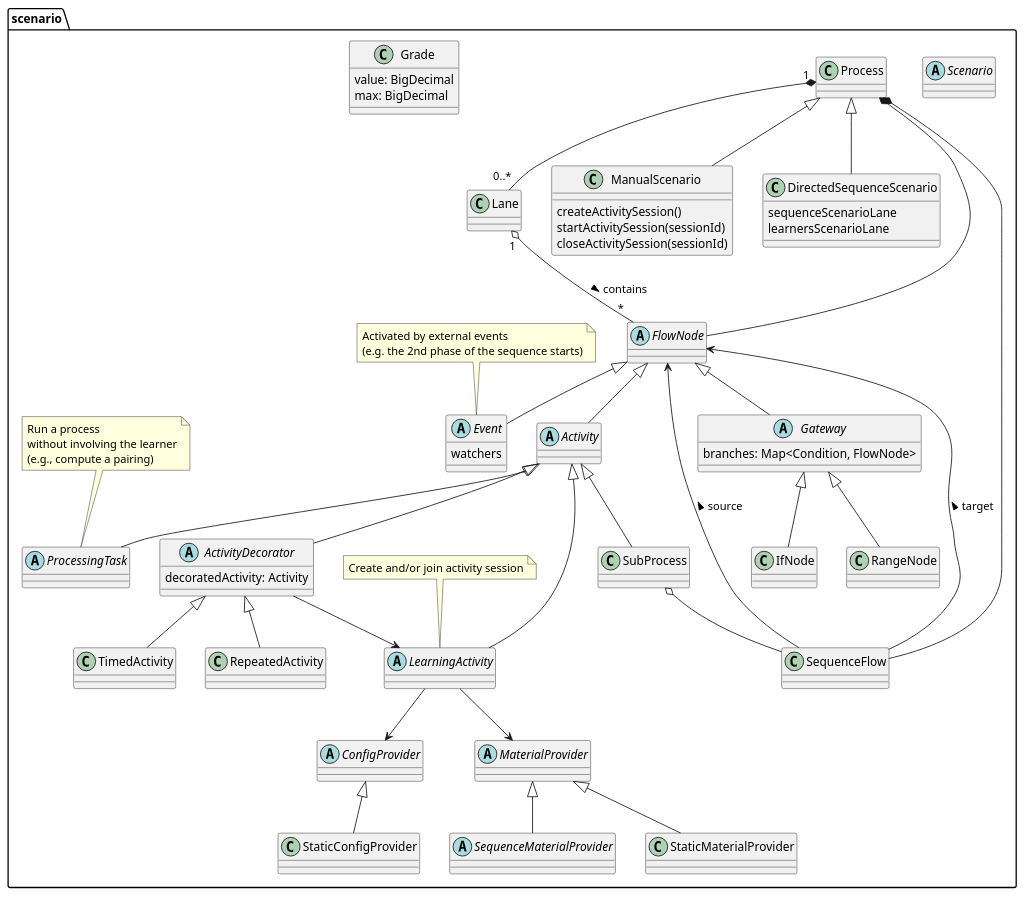
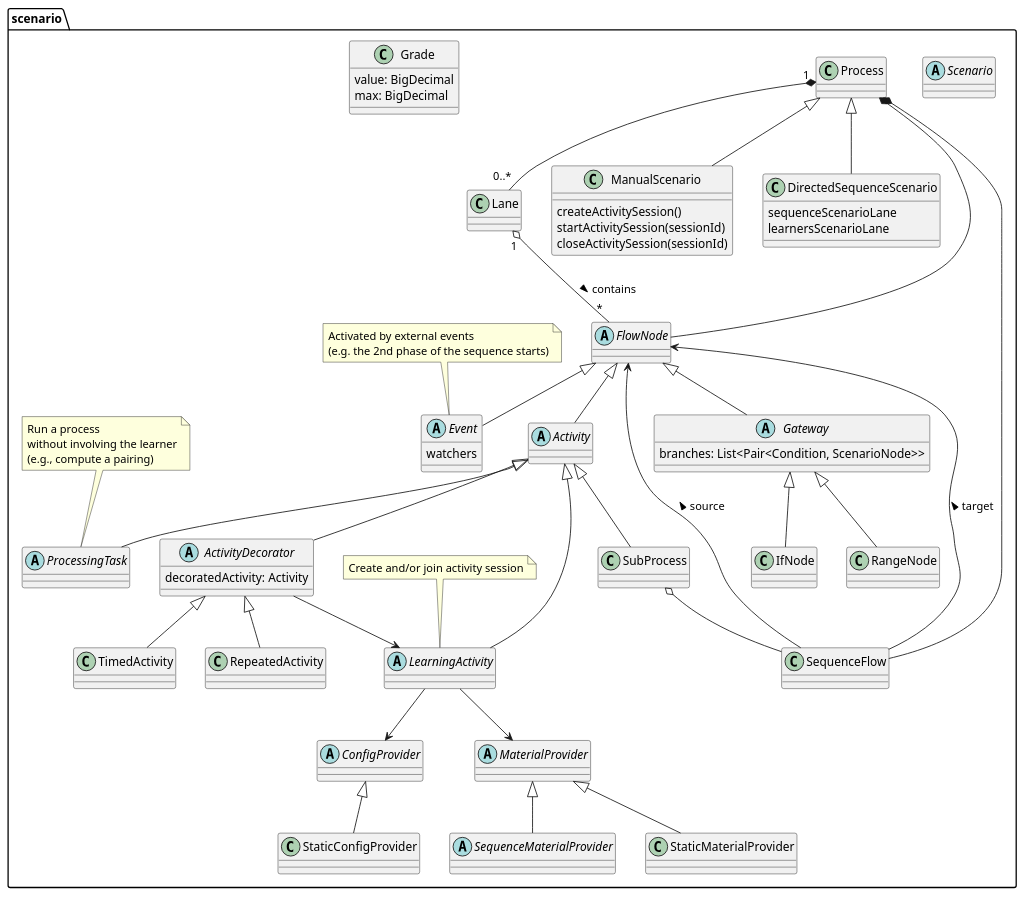
The diagram in docs/technical/uml/scenario.puml (elaastic/ElaastiX), drawn with PlantUML before and after one commit.

Commit message:
doc(model): Fix gateway branches type

```diff
--- a/docs/technical/uml/scenario.puml
+++ b/docs/technical/uml/scenario.puml
@@ -1,90 +1,90 @@
 @startuml
 'https://plantuml.com/class-diagram
 
 package scenario {
     abstract class Scenario
 
     class Lane
 
     Process "1" *-- "0..*" Lane
 
     class ManualScenario extends Process {
         createActivitySession()
         startActivitySession(sessionId)
         closeActivitySession(sessionId)
     }
 
     class DirectedSequenceScenario extends Process {
         sequenceScenarioLane
         learnersScenarioLane
     }
 
 
     class SequenceFlow
 
     Process *-- SequenceFlow
     Process *-- FlowNode
 
     SequenceFlow --> FlowNode :> source
     SequenceFlow --> FlowNode :> target
 
     abstract class FlowNode
 
     abstract class Activity extends FlowNode
 
     class SubProcess extends Activity
 
     SubProcess o-- SequenceFlow
 
     abstract class ActivityDecorator extends Activity {
         decoratedActivity: Activity
     }
 
     ActivityDecorator --> LearningActivity
 
     class TimedActivity extends ActivityDecorator
     class RepeatedActivity extends ActivityDecorator
 
 
     Lane "1" o-- "*" FlowNode : contains >
 
     abstract class Event extends FlowNode {
         watchers
     }
     note top
         Activated by external events
         (e.g. the 2nd phase of the sequence starts)
     end note
 
     abstract class Gateway extends FlowNode {
-        branches: Map<Condition, FlowNode>
+        branches: List<Pair<Condition, ScenarioNode>>
     }
 
     class IfNode extends Gateway
     class RangeNode extends Gateway
 
     abstract class ProcessingTask extends Activity
     note top
         Run a process
         without involving the learner
         (e.g., compute a pairing)
     end note
 
     abstract class LearningActivity extends Activity
     note top: Create and/or join activity session
 
     abstract class ConfigProvider
     abstract class MaterialProvider
     LearningActivity --> ConfigProvider
     LearningActivity --> MaterialProvider
 
     class StaticConfigProvider extends ConfigProvider
     class StaticMaterialProvider extends MaterialProvider
     abstract class SequenceMaterialProvider extends MaterialProvider
 
     class Grade {
         value: BigDecimal
         max: BigDecimal
     }
 }
 @enduml
```
